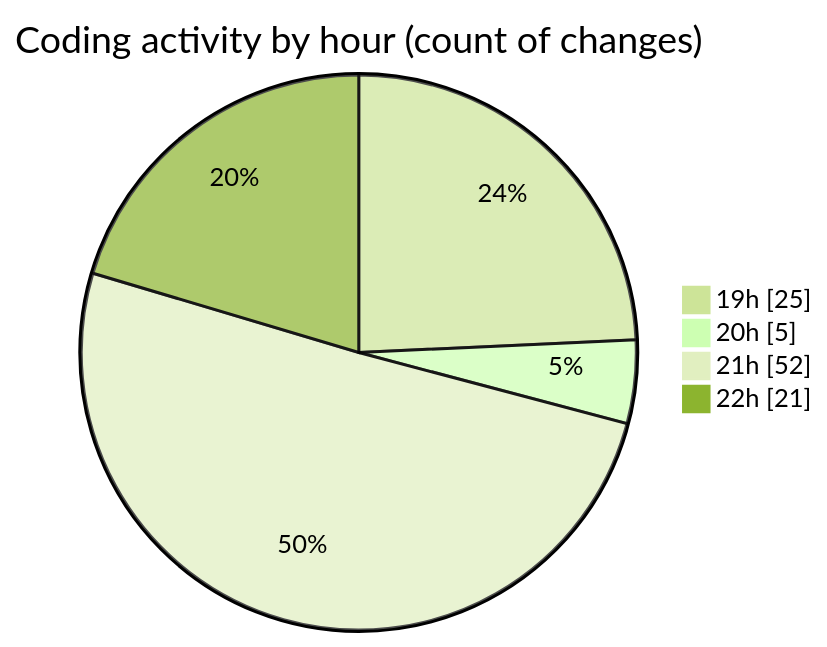
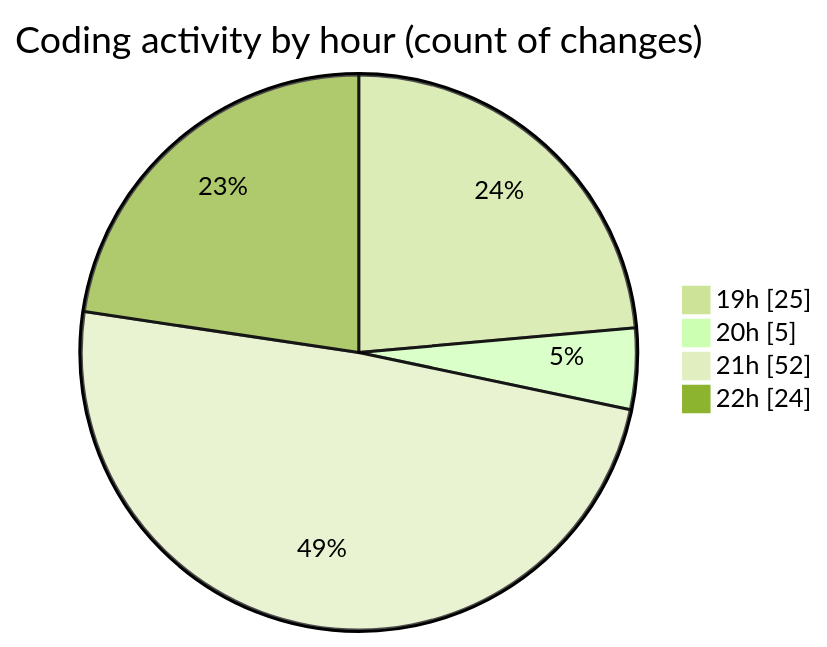
Before and after one commit to momahboobian/code-tracking: the second of 2 diagrams in 2025-02-28/cda/README.md, drawn with Mermaid (forest theme). The commit also changed other lines of this file and 1 other file, not shown here.

````diff
--- a/2025-02-28/cda/README.md
+++ b/2025-02-28/cda/README.md
@@ -34,8 +35,8 @@
 ```mermaid
 pie showData
 title Coding activity by hour (count of changes)
 "19h" : 25
 "20h" : 5
 "21h" : 52
-"22h" : 21
+"22h" : 24
 ```
````
